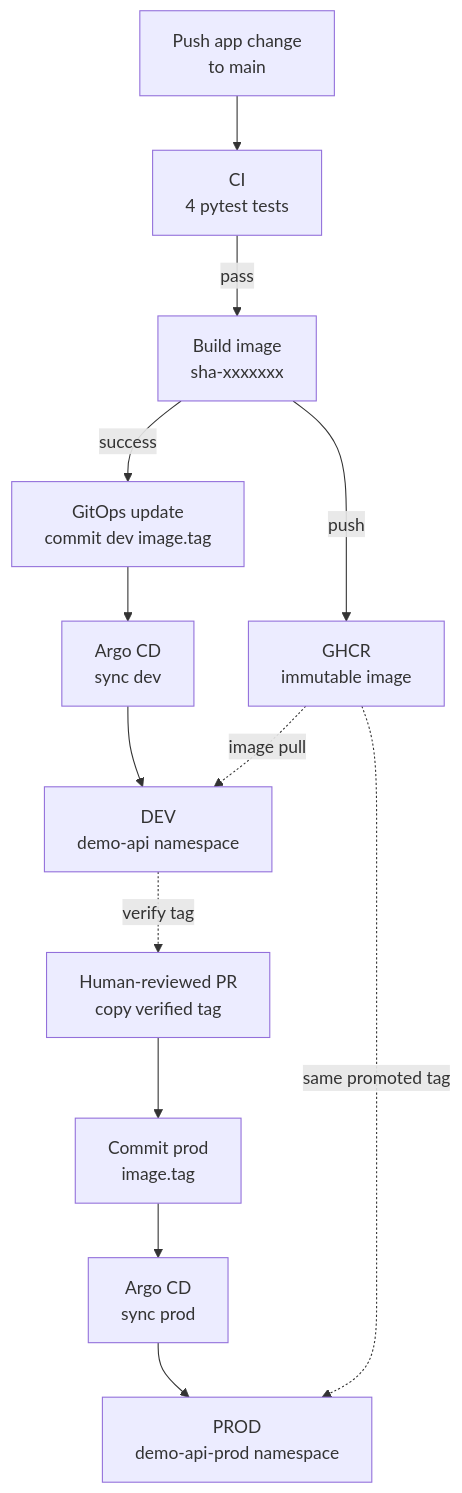
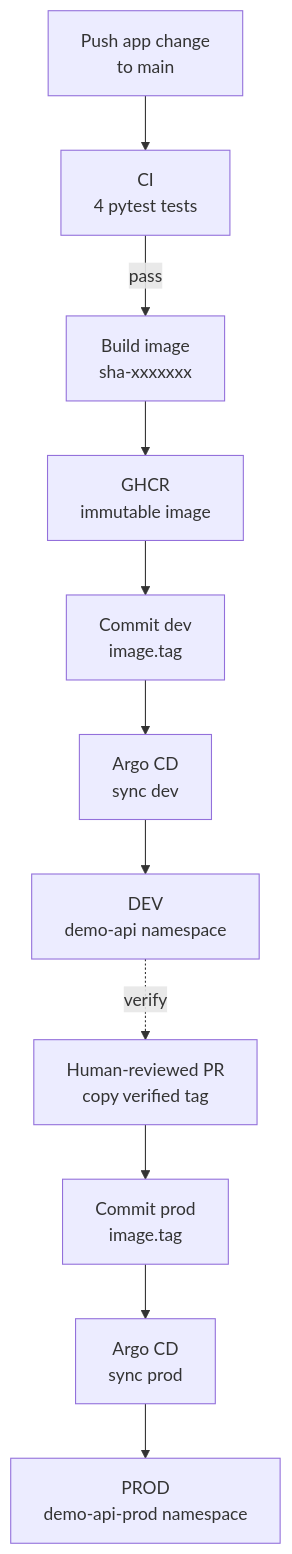
Before and after one commit to lotoos0/gitops-cloud-lab: the diagram in docs/ARCHITECTURE.md, drawn with Mermaid. The commit also changed other lines of this file and 15 other files, not shown here.

````diff
--- a/docs/ARCHITECTURE.md
+++ b/docs/ARCHITECTURE.md
@@ -27,27 +13,25 @@
 ```mermaid
 flowchart TB
     Push["Push app change<br/>to main"]
     Tests["CI<br/>4 pytest tests"]
     Build["Build image<br/>sha-xxxxxxx"]
     Registry["GHCR<br/>immutable image"]
-    UpdateDev["GitOps update<br/>commit dev image.tag"]
+    DevTag["Commit dev<br/>image.tag"]
     ArgoDev["Argo CD<br/>sync dev"]
     Dev["DEV<br/>demo-api namespace"]
     Promotion["Human-reviewed PR<br/>copy verified tag"]
-    ProdValues["Commit prod<br/>image.tag"]
+    ProdTag["Commit prod<br/>image.tag"]
     ArgoProd["Argo CD<br/>sync prod"]
     Prod["PROD<br/>demo-api-prod namespace"]
 
     Push --> Tests
     Tests -->|pass| Build
-    Build -->|push| Registry
-    Build -->|success| UpdateDev
-    UpdateDev --> ArgoDev
+    Build --> Registry
+    Registry --> DevTag
+    DevTag --> ArgoDev
     ArgoDev --> Dev
-    Dev -.->|verify tag| Promotion
-    Promotion --> ProdValues
-    ProdValues --> ArgoProd
+    Dev -.->|verify| Promotion
+    Promotion --> ProdTag
+    ProdTag --> ArgoProd
     ArgoProd --> Prod
-    Registry -.->|image pull| Dev
-    Registry -.->|same promoted tag| Prod
 ```
````
